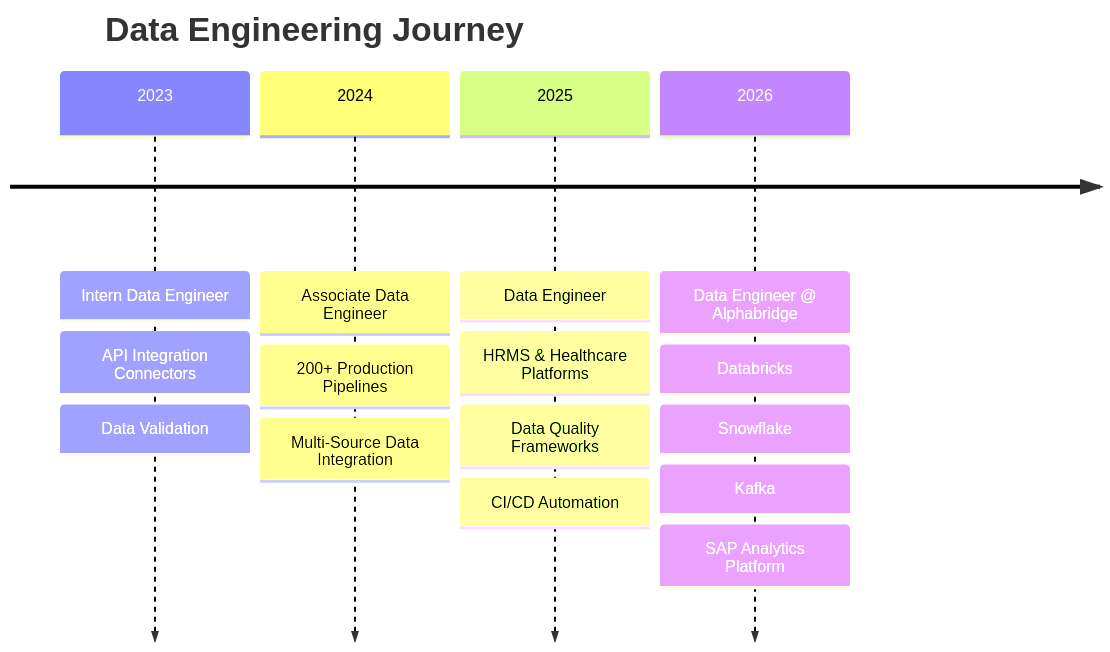
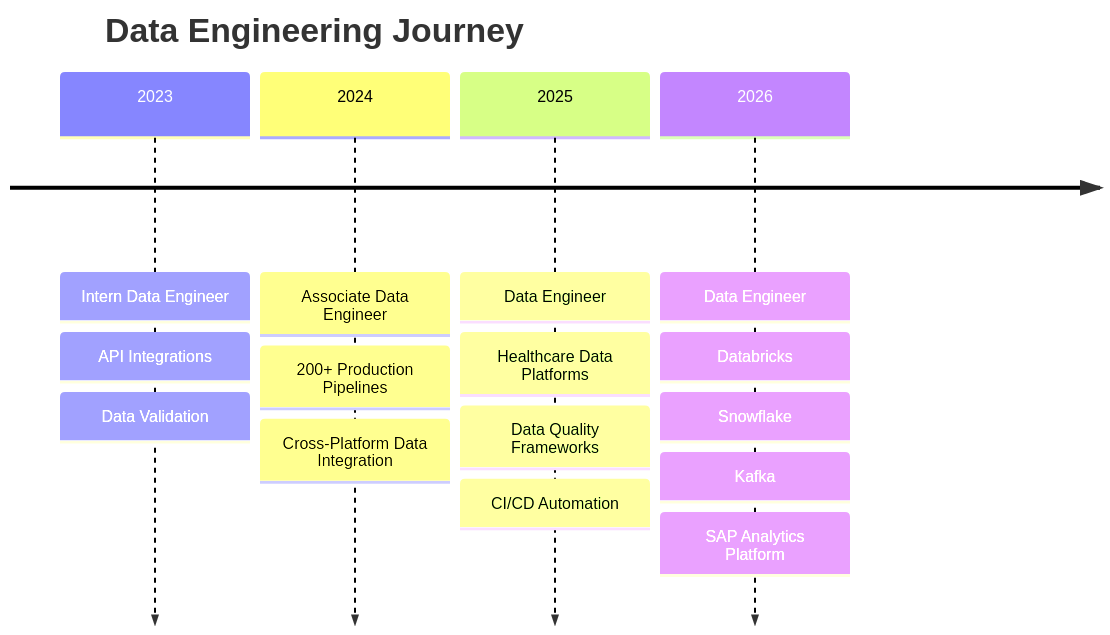
The diagram in README.md (ChaudharyAliHassan572/ChaudharyAliHassan572), drawn with Mermaid before and after one commit. The commit also changed other lines of this file, not shown here.

````diff
--- a/README.md
+++ b/README.md
@@ -51,23 +49,23 @@
 ```mermaid
 timeline
     title Data Engineering Journey
 
     2023 : Intern Data Engineer
-         : API Integration Connectors
+         : API Integrations
          : Data Validation
 
     2024 : Associate Data Engineer
          : 200+ Production Pipelines
-         : Multi-Source Data Integration
+         : Cross-Platform Data Integration
 
     2025 : Data Engineer
-         : HRMS & Healthcare Platforms
+         : Healthcare Data Platforms
          : Data Quality Frameworks
          : CI/CD Automation
 
-    2026 : Data Engineer @ Alphabridge
+    2026 : Data Engineer
          : Databricks
          : Snowflake
          : Kafka
          : SAP Analytics Platform
 ```
````
